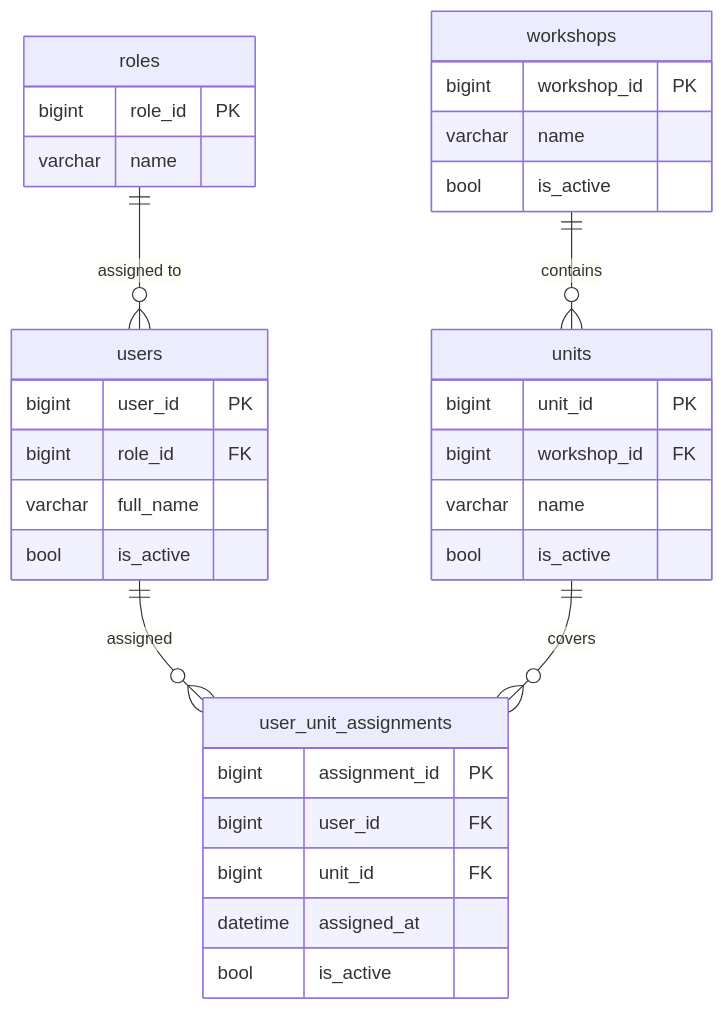
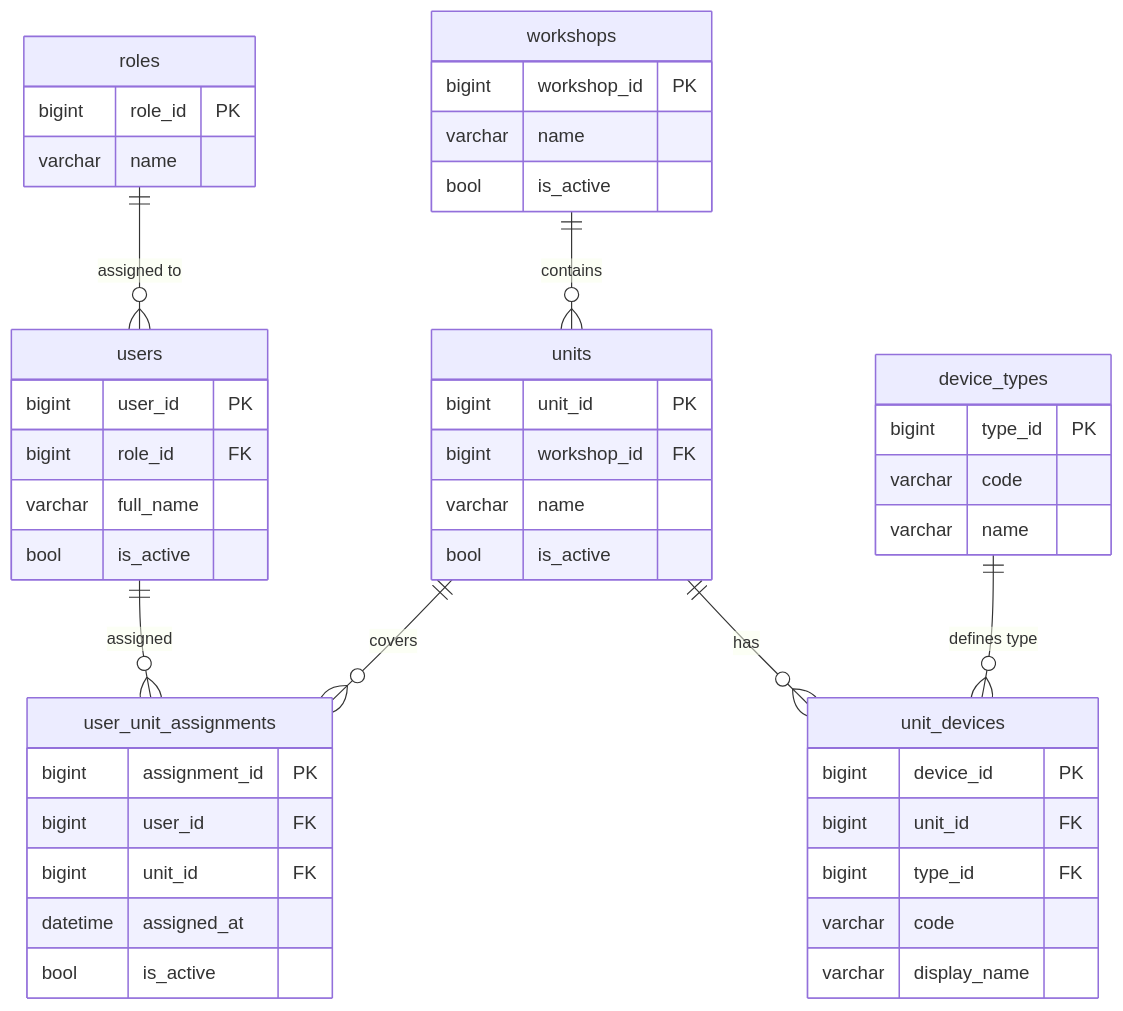
Before and after one commit to savushkin-dev/scada-mobile: the diagram in DB_NOTIFICATIONS_CONCEPT.md, drawn with Mermaid. The commit also changed other lines of this file and 16 other files, not shown here.

````diff
--- a/DB_NOTIFICATIONS_CONCEPT.md
+++ b/DB_NOTIFICATIONS_CONCEPT.md
@@ -24,40 +24,56 @@
 ```mermaid
 erDiagram
   workshops ||--o{ units : contains
   users ||--o{ user_unit_assignments : assigned
   units ||--o{ user_unit_assignments : covers
   roles ||--o{ users : "assigned to"
+  units ||--o{ unit_devices : "has"
+  device_types ||--o{ unit_devices : "defines type"
 
   roles {
     bigint role_id PK
     varchar name
   }
 
   users {
     bigint user_id PK
     bigint role_id FK
     varchar full_name
     bool is_active
   }
 
   workshops {
     bigint workshop_id PK
     varchar name
     bool is_active
   }
 
   units {
     bigint unit_id PK
     bigint workshop_id FK
     varchar name
     bool is_active
   }
 
+  device_types {
+    bigint type_id PK
+    varchar code
+    varchar name
+  }
+
+  unit_devices {
+    bigint device_id PK
+    bigint unit_id FK
+    bigint type_id FK
+    varchar code
+    varchar display_name
+  }
+
   user_unit_assignments {
     bigint assignment_id PK
     bigint user_id FK
     bigint unit_id FK
     datetime assigned_at
     bool is_active
   }
 ```
````
